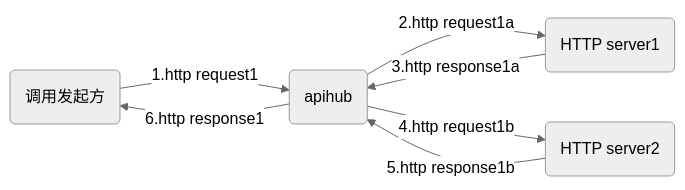
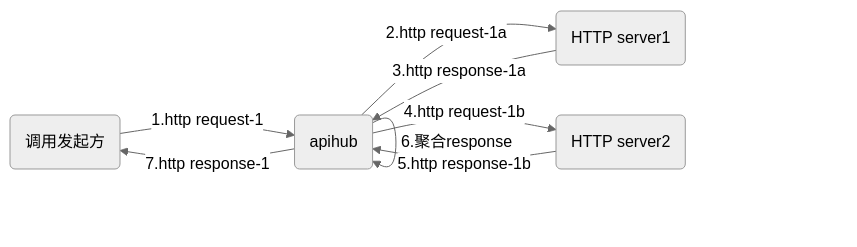
Before and after one commit to jasony62/tms-go-apihub: the second of 3 diagrams in README.md, drawn with Mermaid (neutral theme). The commit also changed other lines of this file and 9 other files, not shown here.

````diff
--- a/README.md
+++ b/README.md
@@ -108,11 +108,12 @@
 ```mermaid
 graph LR
 
    client(调用发起方)
    执行1(apihub)
    执行2(HTTP server1)
    执行3(HTTP server2)
 
-   client--1.http request1-->执行1--2.http request1a-->执行2--3.http response1a-->执行1
-   执行1--4.http request1b-->执行3--5.http response1b-->执行1--6.http response1-->client
+   client--1.http request-1-->执行1--2.http request-1a-->执行2--3.http response-1a-->执行1
+   执行1--4.http request-1b-->执行3--5.http response-1b-->执行1--7.http response-1-->client
+   执行1--6.聚合response-->执行1
 ```
````
